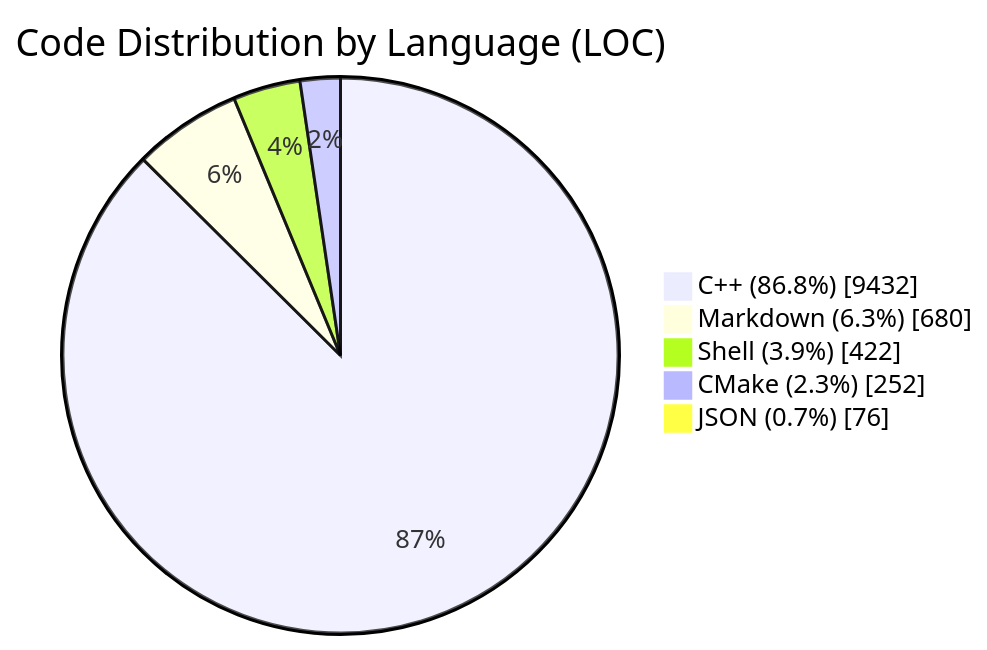
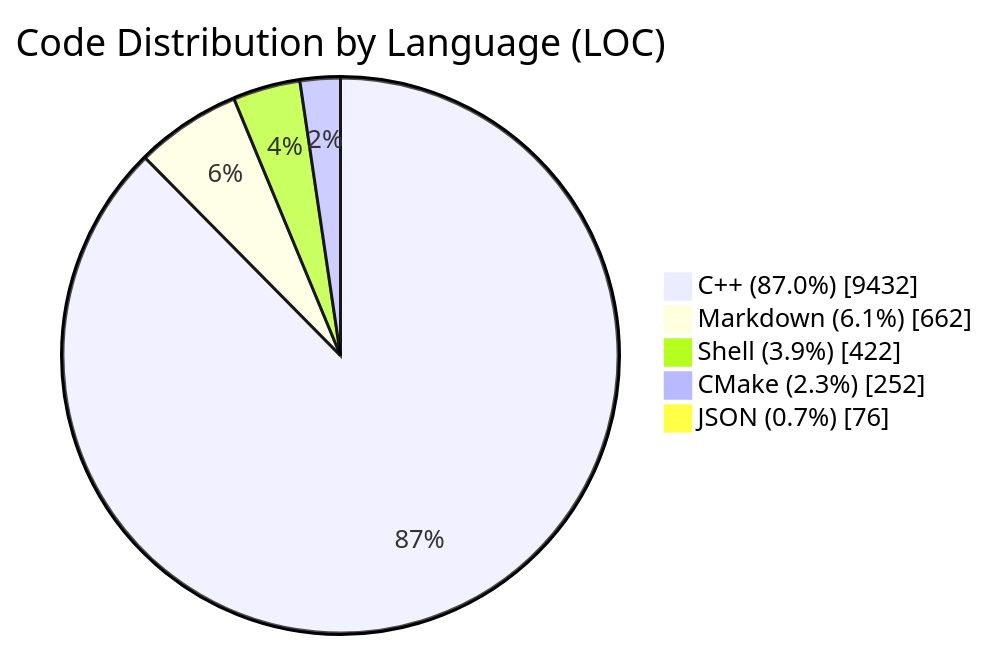
One commit to TheBadRoger/term4k changed the diagram in README.md. Above: the diagram before and after it, drawn with Mermaid. The commit also changed other lines of this file and 3 other files, not shown here.

````diff
--- a/README.md
+++ b/README.md
@@ -45,9 +45,9 @@
 ```mermaid
 pie showData
     title Code Distribution by Language (LOC)
-    "C++ (86.8%)" : 9432
-    "Markdown (6.3%)" : 680
+    "C++ (87.0%)" : 9432
+    "Markdown (6.1%)" : 662
     "Shell (3.9%)" : 422
     "CMake (2.3%)" : 252
     "JSON (0.7%)" : 76
 ```
````
